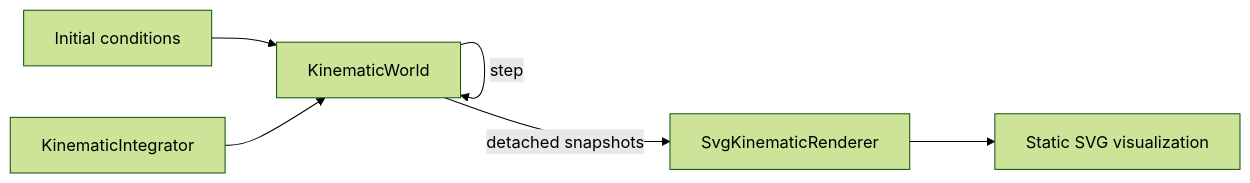
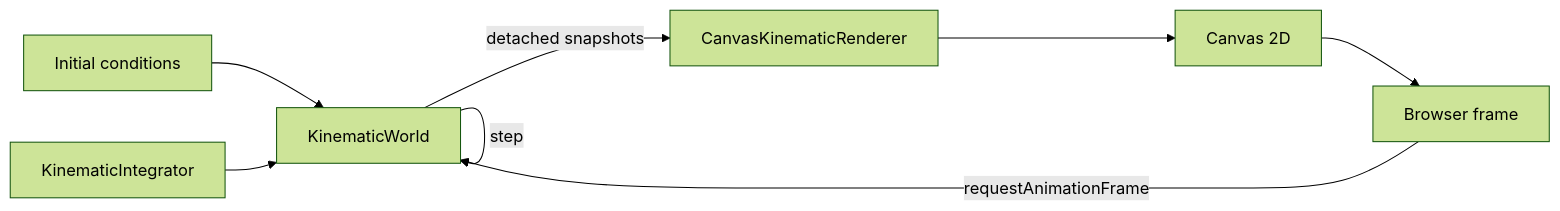
The diagram in docs/project/status.md (fa-ribeiro/vLab2D), drawn with Mermaid (forest theme) before and after one commit. The commit also changed other lines of this file and 9 other files, not shown here.

Commit message:
feat(visualization): add animated canvas renderer

````diff
--- a/docs/project/status.md
+++ b/docs/project/status.md
@@ -52,8 +60,12 @@
 ```mermaid
 flowchart LR
     IC[Initial conditions] --> W[KinematicWorld]
     I[KinematicIntegrator] --> W
+
     W -->|step| W
-    W -->|detached snapshots| R[SvgKinematicRenderer]
-    R --> SVG[Static SVG visualization]
+    W -->|detached snapshots| C[CanvasKinematicRenderer]
+
+    C --> CANVAS[Canvas 2D]
+    CANVAS --> FRAME[Browser frame]
+    FRAME -->|requestAnimationFrame| W
 ```
````
